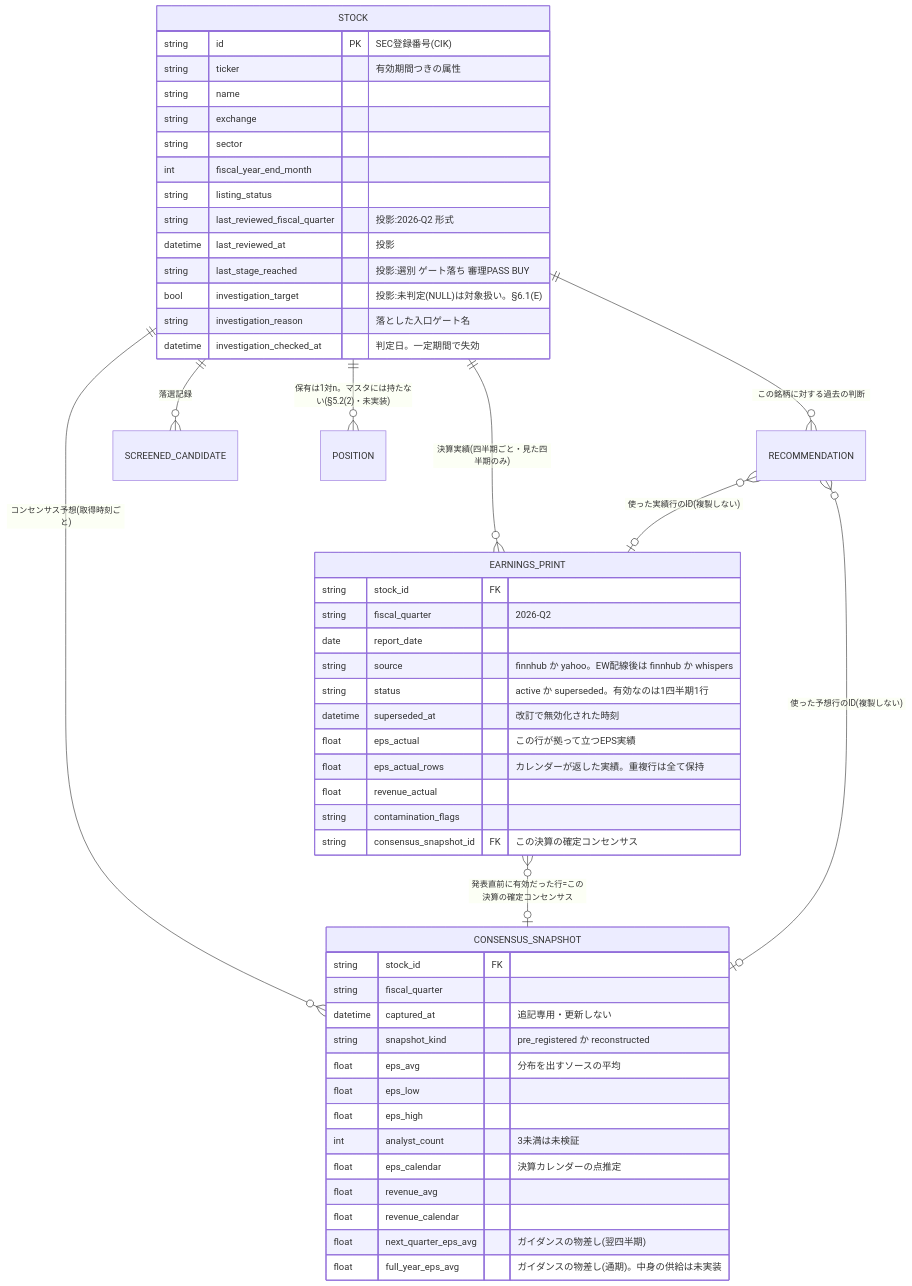
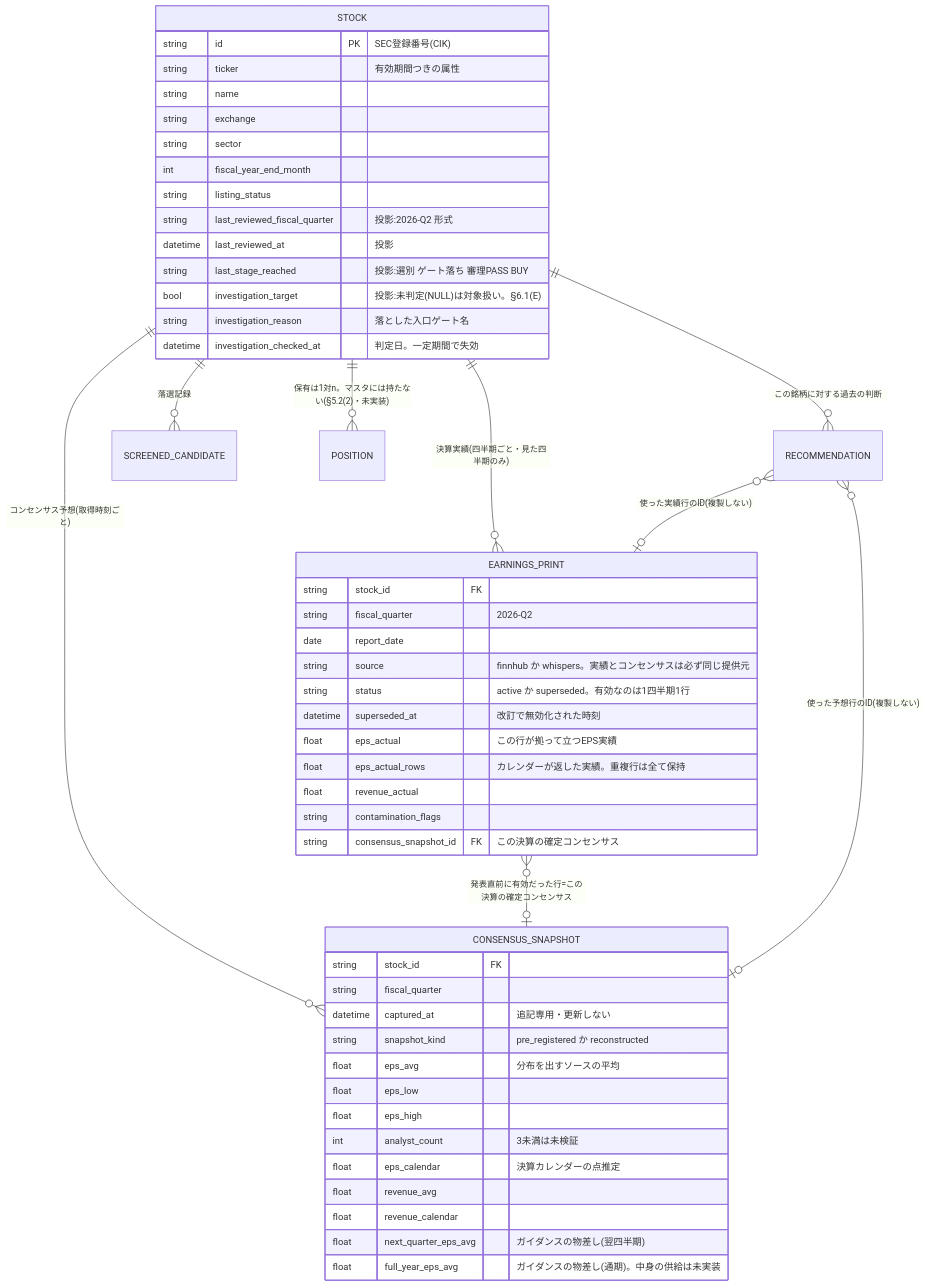
One commit to umiji/Hawkeye-Re changed the fourth of 6 diagrams in docs/design/MASTER_OVERVIEW.ja.md. Above: the diagram before and after it, drawn with Mermaid. The commit also changed other lines of this file and 5 other files, not shown here.

````diff
--- a/docs/design/MASTER_OVERVIEW.ja.md
+++ b/docs/design/MASTER_OVERVIEW.ja.md
@@ -1970,55 +2020,55 @@
 ```mermaid
 erDiagram
     STOCK ||--o{ EARNINGS_PRINT : "決算実績(四半期ごと・見た四半期のみ)"
     STOCK ||--o{ CONSENSUS_SNAPSHOT : "コンセンサス予想(取得時刻ごと)"
     STOCK ||--o{ RECOMMENDATION : "この銘柄に対する過去の判断"
     STOCK ||--o{ SCREENED_CANDIDATE : "落選記録"
     STOCK ||--o{ POSITION : "保有は1対n。マスタには持たない(§5.2(2)・未実装)"
     EARNINGS_PRINT }o--o| CONSENSUS_SNAPSHOT : "発表直前に有効だった行=この決算の確定コンセンサス"
     RECOMMENDATION }o--o| CONSENSUS_SNAPSHOT : "使った予想行のID(複製しない)"
     RECOMMENDATION }o--o| EARNINGS_PRINT : "使った実績行のID(複製しない)"
 
     STOCK {
         string id PK "SEC登録番号(CIK)"
         string ticker "有効期間つきの属性"
         string name
         string exchange
         string sector
         int fiscal_year_end_month
         string listing_status
         string last_reviewed_fiscal_quarter "投影:2026-Q2 形式"
         datetime last_reviewed_at "投影"
         string last_stage_reached "投影:選別 ゲート落ち 審理PASS BUY"
         bool investigation_target "投影:未判定(NULL)は対象扱い。§6.1(E)"
         string investigation_reason "落とした入口ゲート名"
         datetime investigation_checked_at "判定日。一定期間で失効"
     }
     EARNINGS_PRINT {
         string stock_id FK
         string fiscal_quarter "2026-Q2"
         date report_date
-        string source "finnhub か yahoo。EW配線後は finnhub か whispers"
+        string source "finnhub か whispers。実績とコンセンサスは必ず同じ提供元"
         string status "active か superseded。有効なのは1四半期1行"
         datetime superseded_at "改訂で無効化された時刻"
         float eps_actual "この行が拠って立つEPS実績"
         float eps_actual_rows "カレンダーが返した実績。重複行は全て保持"
         float revenue_actual
         string contamination_flags
         string consensus_snapshot_id FK "この決算の確定コンセンサス"
     }
     CONSENSUS_SNAPSHOT {
         string stock_id FK
         string fiscal_quarter
         datetime captured_at "追記専用・更新しない"
         string snapshot_kind "pre_registered か reconstructed"
         float eps_avg "分布を出すソースの平均"
         float eps_low
         float eps_high
         int analyst_count "3未満は未検証"
         float eps_calendar "決算カレンダーの点推定"
         float revenue_avg
         float revenue_calendar
         float next_quarter_eps_avg "ガイダンスの物差し(翌四半期)"
         float full_year_eps_avg "ガイダンスの物差し(通期)。中身の供給は未実装"
     }
 ```
````
